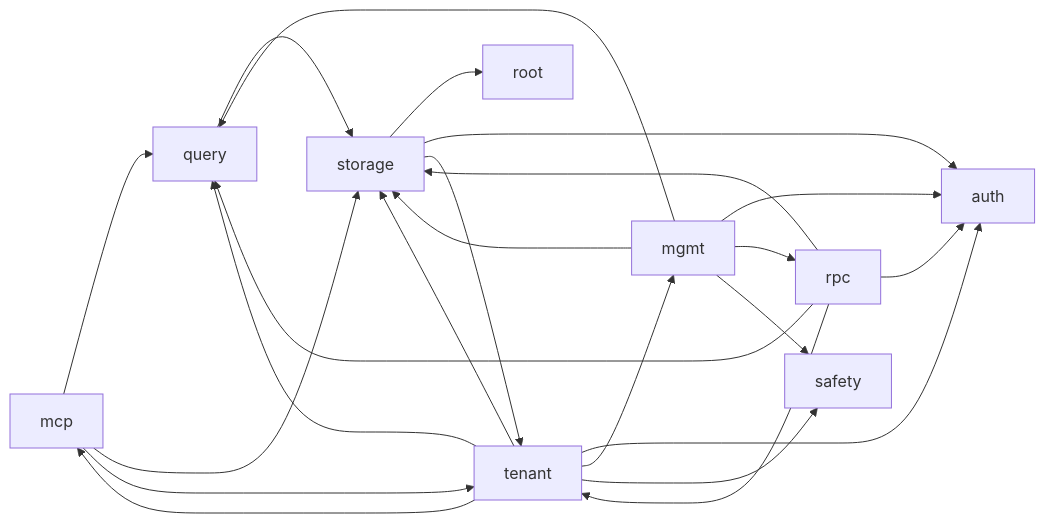
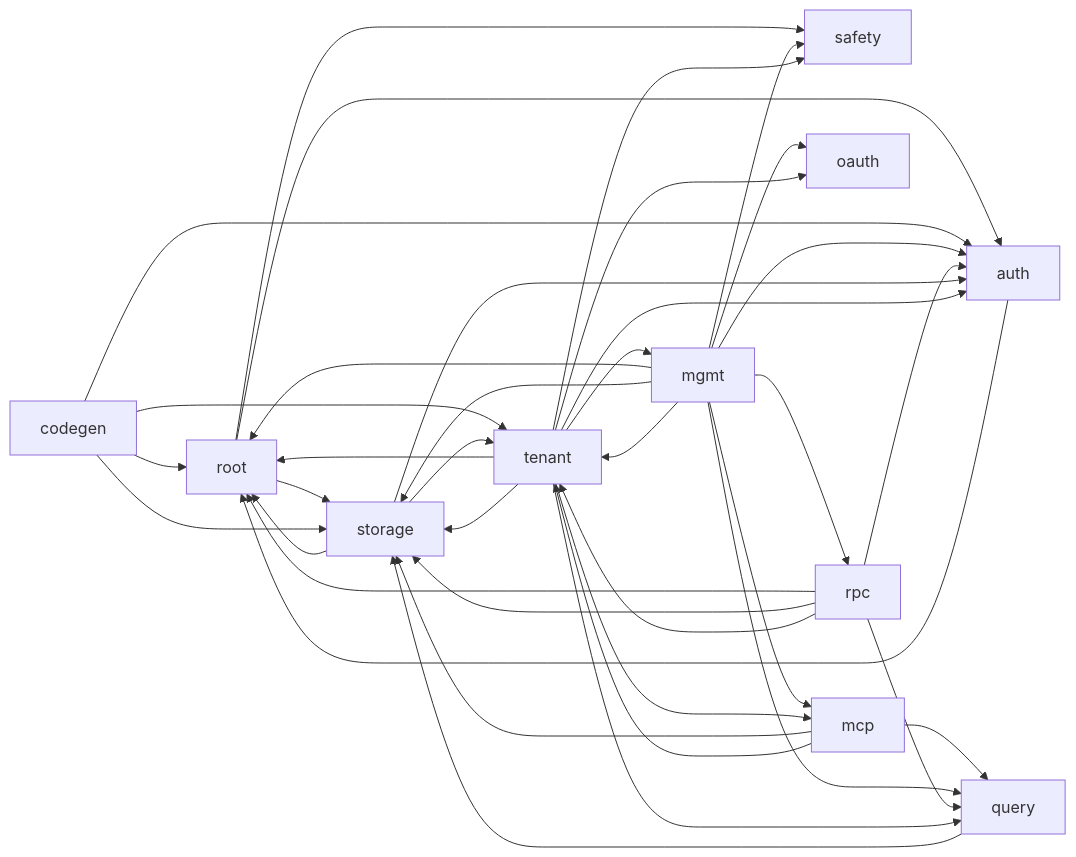
The diagram in docs/architecture.md (KaelLim/drust), drawn with Mermaid before and after one commit. The commit also changed other lines of this file, not shown here.

First line of the commit message:
docs: regenerate architecture.md

````diff
--- a/docs/architecture.md
+++ b/docs/architecture.md
@@ -35,25 +37,40 @@
 ```mermaid
 graph LR
+  root --> auth
+  root --> safety
+  root --> storage
+  auth --> root
+  codegen --> root
+  codegen --> auth
+  codegen --> storage
+  codegen --> tenant
   mcp --> query
   mcp --> storage
   mcp --> tenant
+  mgmt --> root
   mgmt --> auth
+  mgmt --> mcp
+  mgmt --> oauth
   mgmt --> query
   mgmt --> rpc
   mgmt --> safety
   mgmt --> storage
+  mgmt --> tenant
   query --> storage
+  rpc --> root
   rpc --> auth
   rpc --> query
   rpc --> storage
   rpc --> tenant
   storage --> root
   storage --> auth
   storage --> tenant
+  tenant --> root
   tenant --> auth
   tenant --> mcp
   tenant --> mgmt
+  tenant --> oauth
   tenant --> query
   tenant --> safety
   tenant --> storage
 ```
````
